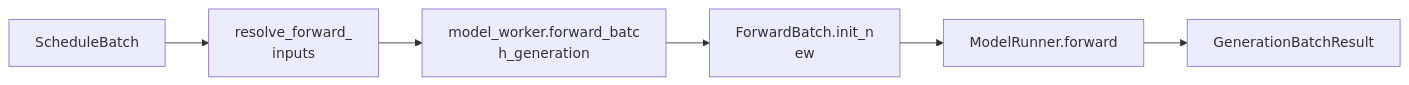
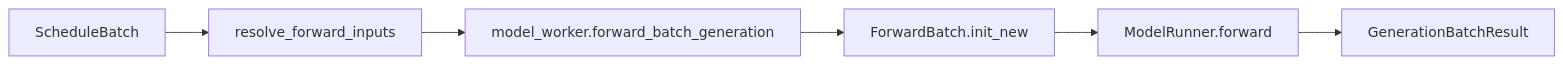
The seventh of 7 diagrams in src/data/sglang-content/sglang-source-reading/02-scheduler-core.md (cl-vv-h/AI_Infra_Tutor_Page), drawn with Mermaid before and after one commit. The commit also changed other lines of this file and 25 other files, not shown here.

Commit message:
Fix markdown rendering with react-markdown, add SGLang knowledge graph

````diff
--- a/src/data/sglang-content/sglang-source-reading/02-scheduler-core.md
+++ b/src/data/sglang-content/sglang-source-reading/02-scheduler-core.md
@@ -421,13 +195,8 @@
 ```mermaid
 flowchart LR
-
-  A["ScheduleBatch"] --> B["resolve_forward_
-inputs"]
-  B --> C["model_worker.forward_batc
-h_generation"]
-  C --> D["ForwardBatch.init_n
-ew"]
+  A["ScheduleBatch"] --> B["resolve_forward_inputs"]
+  B --> C["model_worker.forward_batch_generation"]
+  C --> D["ForwardBatch.init_new"]
   D --> E["ModelRunner.forward"]
-  E -->
- F["GenerationBatchResult"]
+  E --> F["GenerationBatchResult"]
 ```
````
